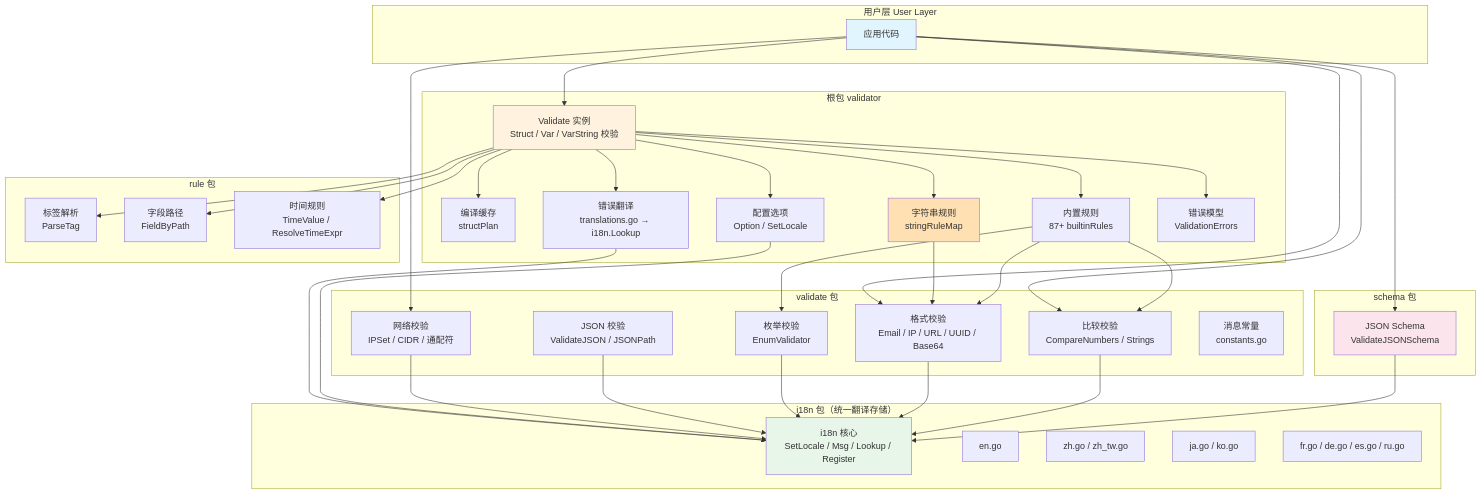
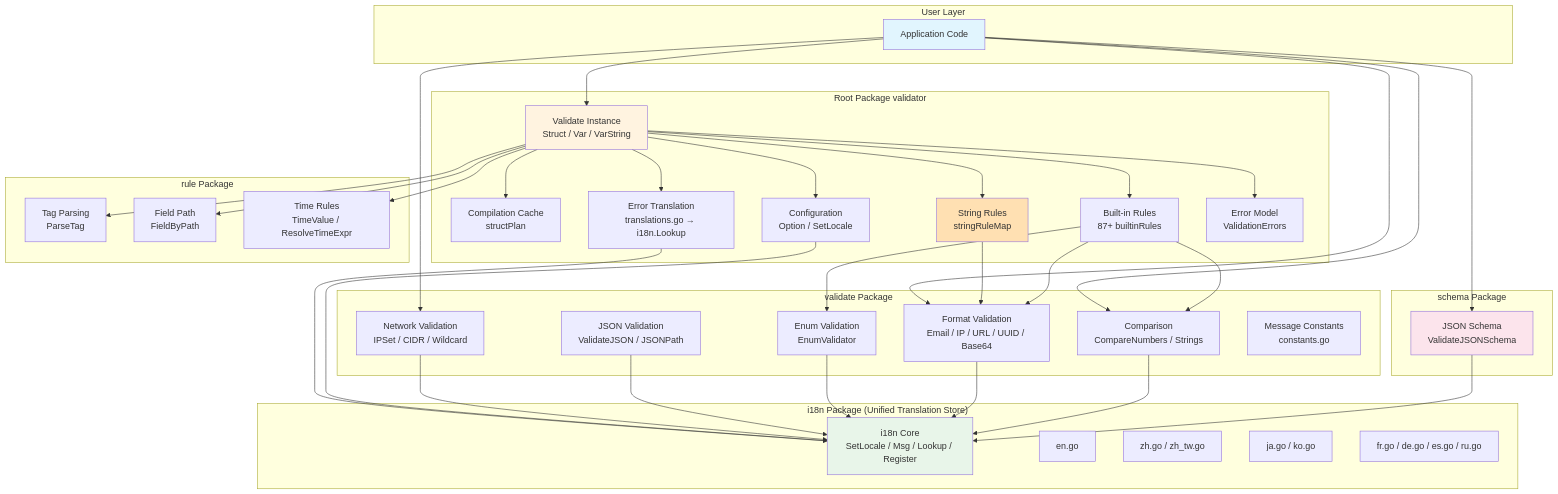
One commit to kamalyes/go-argus changed the diagram in README.md. Above: the diagram before and after it, drawn with Mermaid. The commit also changed other lines of this file and 12 other files, not shown here.

````diff
--- a/README.md
+++ b/README.md
@@ -39,80 +39,80 @@
 ```mermaid
 graph TB
-    subgraph "用户层 User Layer"
-        APP["应用代码"]
+    subgraph "User Layer"
+        APP["Application Code"]
     end
 
-    subgraph "根包 validator"
-        V["Validate 实例<br/>Struct / Var / VarString 校验"]
-        CACHE["编译缓存<br/>structPlan"]
-        TAGS["内置规则<br/>87+ builtinRules"]
-        STAGS["字符串规则<br/>stringRuleMap"]
-        TRANS["错误翻译<br/>translations.go → i18n.Lookup"]
-        OPTS["配置选项<br/>Option / SetLocale"]
-        ERRORS["错误模型<br/>ValidationErrors"]
+    subgraph "Root Package validator"
+        V["Validate Instance<br/>Struct / Var / VarString"]
+        CACHE["Compilation Cache<br/>structPlan"]
+        TAGS["Built-in Rules<br/>87+ builtinRules"]
+        STAGS["String Rules<br/>stringRuleMap"]
+        TRANS["Error Translation<br/>translations.go → i18n.Lookup"]
+        OPTS["Configuration<br/>Option / SetLocale"]
+        ERRORS["Error Model<br/>ValidationErrors"]
     end
 
-    subgraph "rule 包"
-        RPARSE["标签解析<br/>ParseTag"]
-        RFIELD["字段路径<br/>FieldByPath"]
-        RTIME["时间规则<br/>TimeValue / ResolveTimeExpr"]
+    subgraph "rule Package"
+        RPARSE["Tag Parsing<br/>ParseTag"]
+        RFIELD["Field Path<br/>FieldByPath"]
+        RTIME["Time Rules<br/>TimeValue / ResolveTimeExpr"]
     end
 
-    subgraph "validate 包"
-        COMPARE["比较校验<br/>CompareNumbers / Strings"]
-        FORMAT["格式校验<br/>Email / IP / URL / UUID / Base64"]
-        ENUM["枚举校验<br/>EnumValidator"]
-        JSON["JSON 校验<br/>ValidateJSON / JSONPath"]
-        NETWORK["网络校验<br/>IPSet / CIDR / 通配符"]
-        CONSTANTS["消息常量<br/>constants.go"]
+    subgraph "validate Package"
+        COMPARE["Comparison<br/>CompareNumbers / Strings"]
+        FORMAT["Format Validation<br/>Email / IP / URL / UUID / Base64"]
+        ENUM["Enum Validation<br/>EnumValidator"]
+        JSON["JSON Validation<br/>ValidateJSON / JSONPath"]
+        NETWORK["Network Validation<br/>IPSet / CIDR / Wildcard"]
+        CONSTANTS["Message Constants<br/>constants.go"]
     end
 
-    subgraph "i18n 包（统一翻译存储）"
-        I18N["i18n 核心<br/>SetLocale / Msg / Lookup / Register"]
+    subgraph "i18n Package (Unified Translation Store)"
+        I18N["i18n Core<br/>SetLocale / Msg / Lookup / Register"]
         I18N_EN["en.go"]
         I18N_ZH["zh.go / zh_tw.go"]
         I18N_JA["ja.go / ko.go"]
         I18N_OTHER["fr.go / de.go / es.go / ru.go"]
     end
 
-    subgraph "schema 包"
+    subgraph "schema Package"
         SCHEMA["JSON Schema<br/>ValidateJSONSchema"]
     end
 
     APP --> V
     V --> CACHE
     V --> TAGS
     V --> STAGS
     V --> TRANS
     V --> OPTS
     V --> ERRORS
     V --> RPARSE
     V --> RFIELD
     V --> RTIME
 
     TAGS --> FORMAT
     TAGS --> COMPARE
     TAGS --> ENUM
     STAGS --> FORMAT
 
     APP --> COMPARE
     APP --> FORMAT
     APP --> NETWORK
     APP --> SCHEMA
 
     SCHEMA --> I18N
     COMPARE --> I18N
     FORMAT --> I18N
     ENUM --> I18N
     JSON --> I18N
     NETWORK --> I18N
 
     OPTS --> I18N
     TRANS --> I18N
 
     style APP fill:#e1f5fe
     style V fill:#fff3e0
     style STAGS fill:#ffe0b2
     style I18N fill:#e8f5e9
     style SCHEMA fill:#fce4ec
 ```
````
